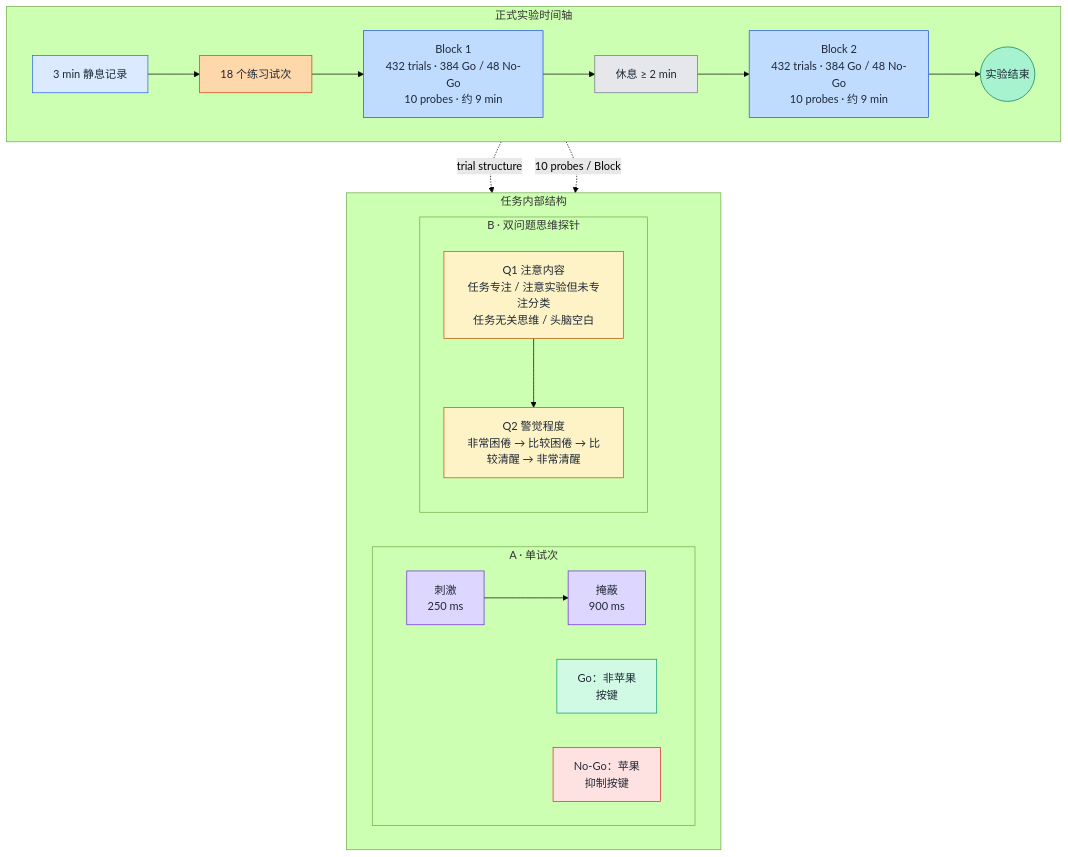
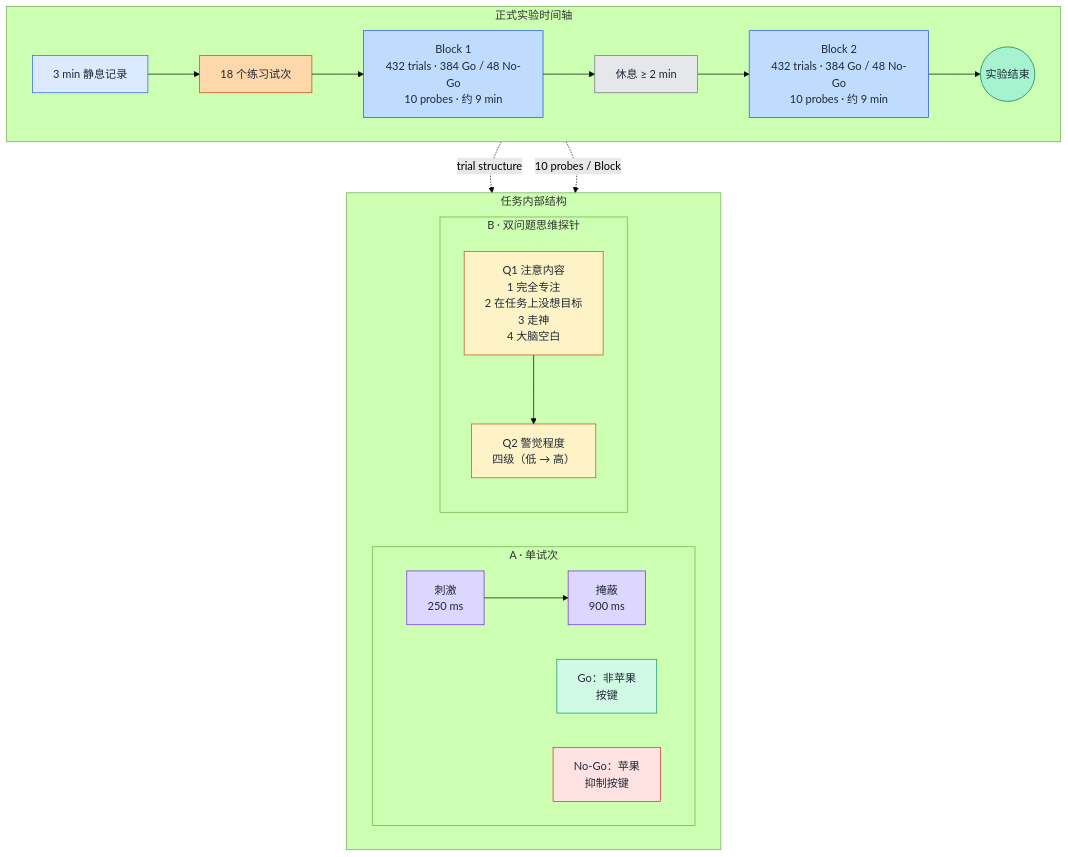
The diagram in 正式报告/科研绘图/F02-正式实验范式与时间轴/f02-timeline.mmd (kyandi233-dev/FocusWave-Formal-Analysis), drawn with Mermaid (forest theme) before and after one commit. The commit also changed 1 other file, not shown here.

Commit message:
docs(figure): fix F02 probe definitions to formal 4-category Q1 and rerender

```diff
--- a/正式报告/科研绘图/F02-正式实验范式与时间轴/f02-timeline.mmd
+++ b/正式报告/科研绘图/F02-正式实验范式与时间轴/f02-timeline.mmd
@@ -1,48 +1,48 @@
 %% F02 FocusWave formal experiment paradigm and timeline
 %% Structure follows mgranberry/mermaid-diagram-skill flowchart guidance:
 %% main timeline = sequence; lower panels = trial and thought-probe detail.
 flowchart TB
 
     subgraph timeline["正式实验时间轴"]
         direction LR
         rest["3 min 静息记录"] --> practice["18 个练习试次"] --> block1["Block 1<br/>432 trials · 384 Go / 48 No-Go<br/>10 probes · 约 9 min"] --> break["休息 ≥ 2 min"] --> block2["Block 2<br/>432 trials · 384 Go / 48 No-Go<br/>10 probes · 约 9 min"] --> finish(("实验结束"))
     end
 
     subgraph detail["任务内部结构"]
         direction LR
 
         subgraph trialPanel["A · 单试次"]
             direction LR
             stimulus["刺激<br/>250 ms"] --> mask["掩蔽<br/>900 ms"]
             go["Go：非苹果<br/>按键"]
             nogo["No-Go：苹果<br/>抑制按键"]
         end
 
         subgraph probePanel["B · 双问题思维探针"]
             direction TB
-            q1["Q1 注意内容<br/>任务专注 / 注意实验但未专注分类<br/>任务无关思维 / 头脑空白"] --> q2["Q2 警觉程度<br/>非常困倦 → 比较困倦 → 比较清醒 → 非常清醒"]
+            q1["Q1 注意内容<br/>1 完全专注<br/>2 在任务上没想目标<br/>3 走神<br/>4 大脑空白"] --> q2["Q2 警觉程度<br/>四级（低 → 高）"]
         end
     end
 
     block1 -. "trial structure" .-> stimulus
     block1 -. "10 probes / Block" .-> q1
 
     classDef baseline fill:#dbeafe,stroke:#2563eb,color:#1f2937
     classDef practice fill:#fed7aa,stroke:#c2410c,color:#1f2937
     classDef block fill:#bfdbfe,stroke:#1d4ed8,color:#1f2937
     classDef restbreak fill:#e5e7eb,stroke:#6b7280,color:#1f2937
     classDef endpoint fill:#a7f3d0,stroke:#047857,color:#1f2937
     classDef trial fill:#ddd6fe,stroke:#6d28d9,color:#1f2937
     classDef go fill:#d1fae5,stroke:#059669,color:#1f2937
     classDef nogo fill:#fee2e2,stroke:#dc2626,color:#1f2937
     classDef probe fill:#fef3c7,stroke:#b45309,color:#1f2937
 
     class rest baseline
     class practice practice
     class block1,block2 block
     class break restbreak
     class finish endpoint
     class stimulus,mask trial
     class go go
     class nogo nogo
     class q1,q2 probe
```
